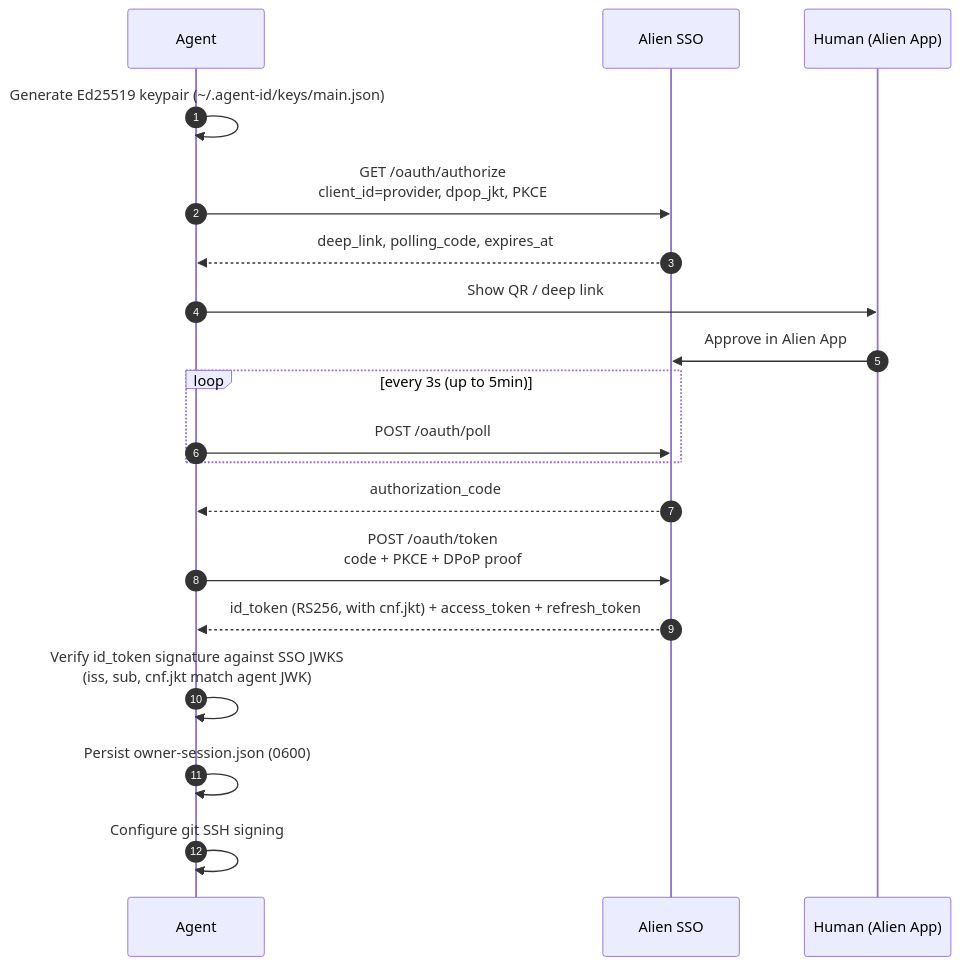
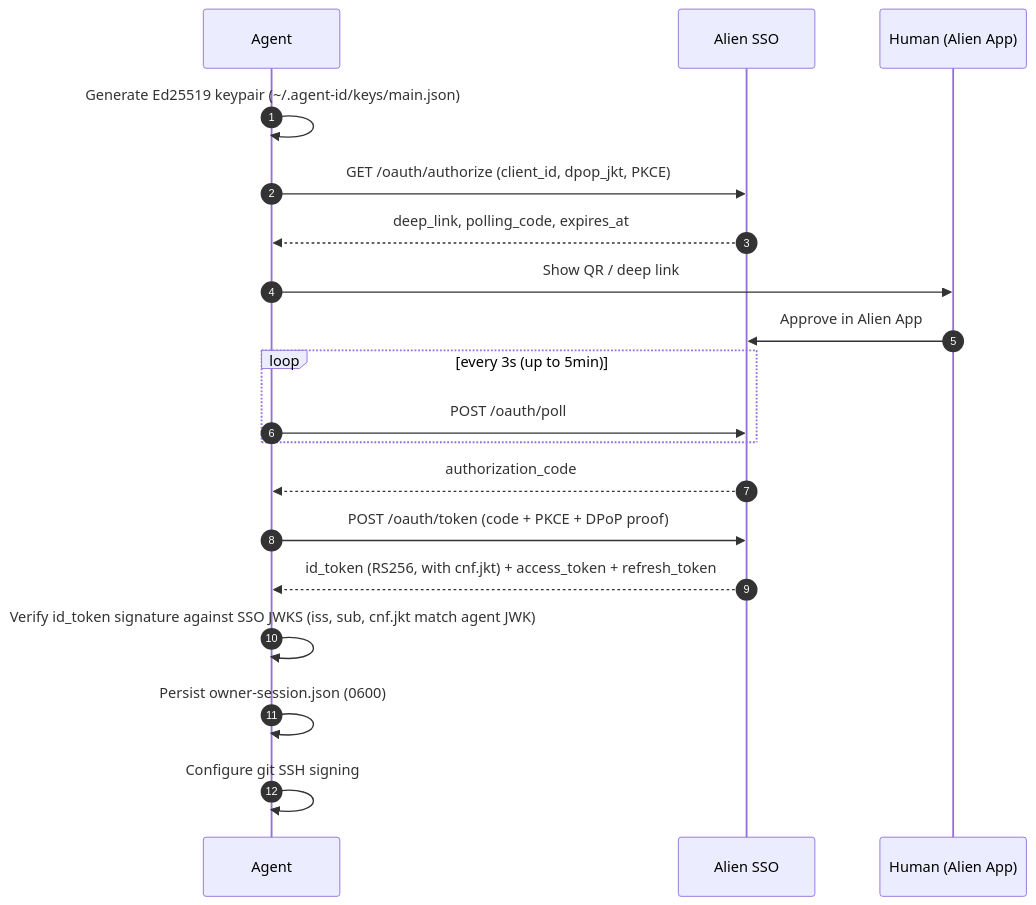
The second of 4 diagrams in docs/AGENT-SSO.md (alien-id/agent-id), drawn with Mermaid before and after one commit. The commit also changed other lines of this file and 1 other file, not shown here.

````diff
--- a/docs/AGENT-SSO.md
+++ b/docs/AGENT-SSO.md
@@ -122,22 +122,22 @@
 ```mermaid
 sequenceDiagram
     autonumber
     participant A as Agent
     participant SSO as Alien SSO
     participant H as Human (Alien App)
 
     A->>A: Generate Ed25519 keypair (~/.agent-id/keys/main.json)
-    A->>SSO: GET /oauth/authorize<br/>client_id=provider, dpop_jkt, PKCE
+    A->>SSO: GET /oauth/authorize (client_id, dpop_jkt, PKCE)
     SSO-->>A: deep_link, polling_code, expires_at
     A->>H: Show QR / deep link
     H->>SSO: Approve in Alien App
     loop every 3s (up to 5min)
         A->>SSO: POST /oauth/poll
     end
     SSO-->>A: authorization_code
-    A->>SSO: POST /oauth/token<br/>code + PKCE + DPoP proof
+    A->>SSO: POST /oauth/token (code + PKCE + DPoP proof)
     SSO-->>A: id_token (RS256, with cnf.jkt) + access_token + refresh_token
-    A->>A: Verify id_token signature against SSO JWKS<br/>(iss, sub, cnf.jkt match agent JWK)
+    A->>A: Verify id_token signature against SSO JWKS (iss, sub, cnf.jkt match agent JWK)
     A->>A: Persist owner-session.json (0600)
     A->>A: Configure git SSH signing
 ```
````
